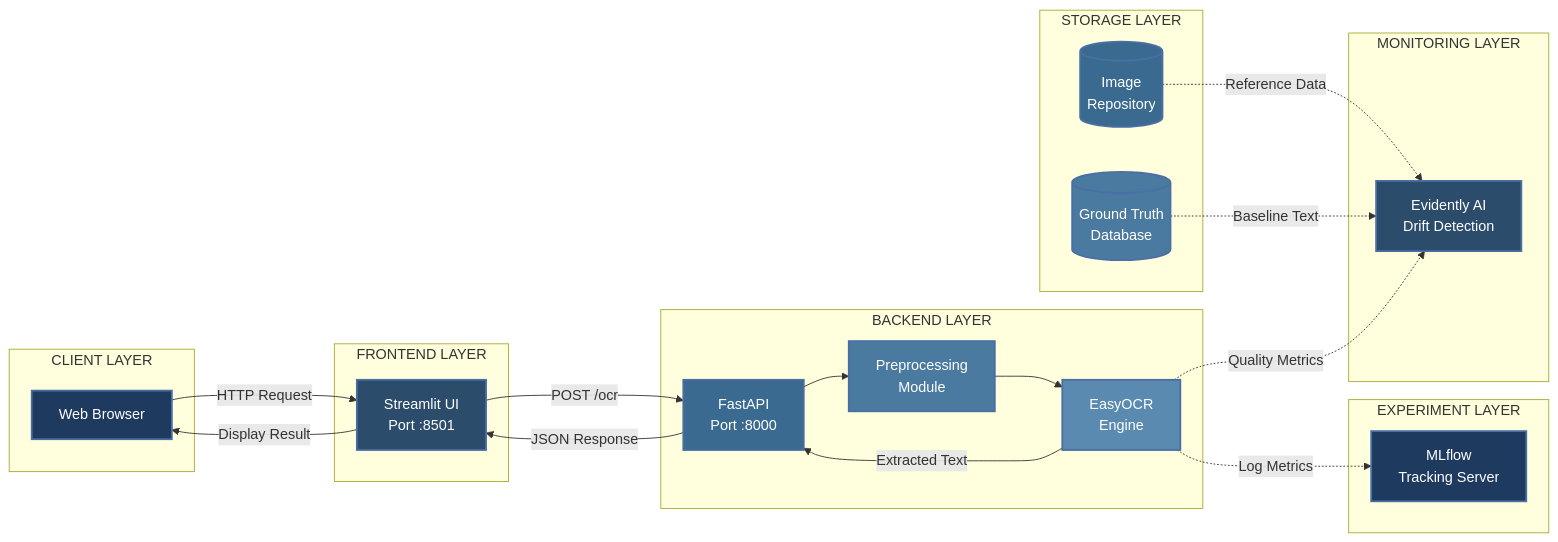
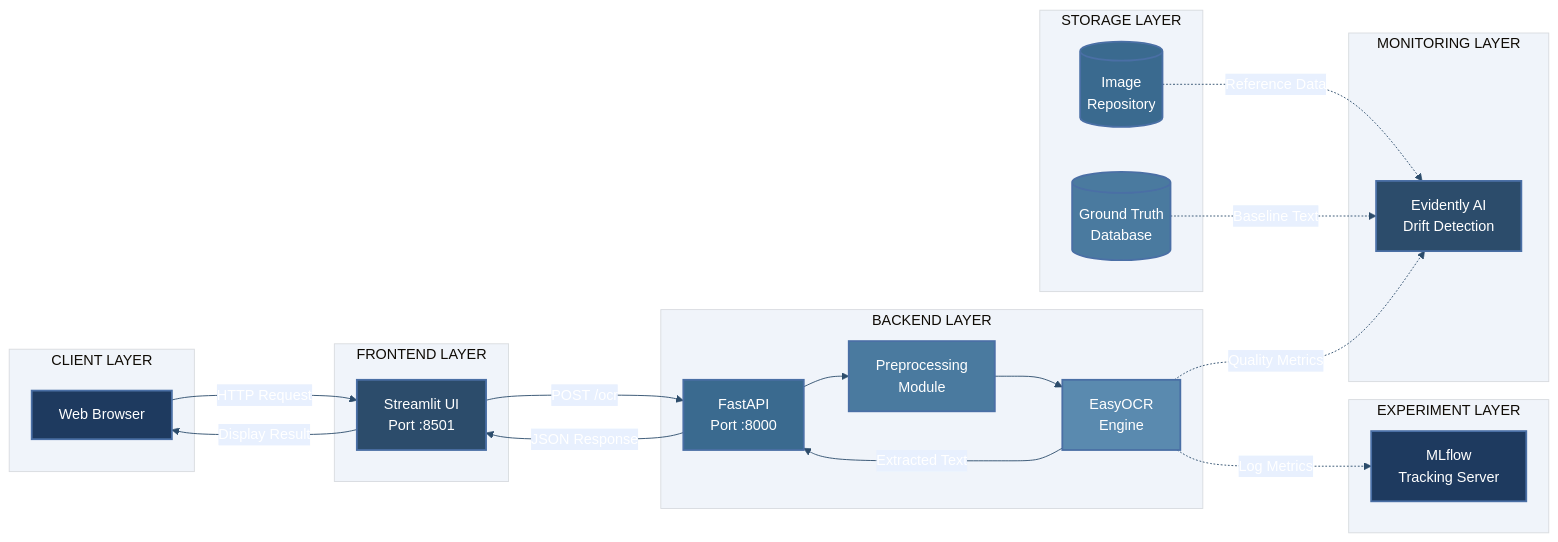
One commit to UzairRan/easyocr-mlops changed the second of 2 diagrams in README.md. Above: the diagram before and after it, drawn with Mermaid.

Commit message:
Properly set Readme

````diff
--- a/README.md
+++ b/README.md
@@ -126,52 +125,53 @@
 ```mermaid
+%%{init: {'theme':'base', 'themeVariables': { 'primaryColor':'#1e3a5f','primaryTextColor':'#fff','primaryBorderColor':'#4a6fa5','lineColor':'#2c4c6b','secondaryColor':'#e8f0fe','tertiaryColor':'#f0f4fa'}}}%%
 flowchart LR
     subgraph Client["CLIENT LAYER"]
         A[Web Browser]
     end
     
     subgraph Frontend["FRONTEND LAYER"]
         B[Streamlit UI<br/>Port :8501]
     end
     
     subgraph Backend["BACKEND LAYER"]
         C[FastAPI<br/>Port :8000]
         D[Preprocessing<br/>Module]
         E[EasyOCR<br/>Engine]
     end
     
     subgraph Tracking["EXPERIMENT LAYER"]
         F[MLflow<br/>Tracking Server]
     end
     
     subgraph Monitoring["MONITORING LAYER"]
         G[Evidently AI<br/>Drift Detection]
     end
     
     subgraph Storage["STORAGE LAYER"]
         H[(Image<br/>Repository)]
         I[(Ground Truth<br/>Database)]
     end
     
     A -->|HTTP Request| B
     B -->|POST /ocr| C
     C --> D
     D --> E
     E -->|Extracted Text| C
     C -->|JSON Response| B
     B -->|Display Result| A
     
     E -.->|Log Metrics| F
     H -.->|Reference Data| G
     I -.->|Baseline Text| G
     E -.->|Quality Metrics| G
     
     style A fill:#1e3a5f,stroke:#4a6fa5,stroke-width:2px,color:#fff
     style B fill:#2c4c6b,stroke:#4a6fa5,stroke-width:2px,color:#fff
     style C fill:#3a6a8f,stroke:#4a6fa5,stroke-width:2px,color:#fff
     style D fill:#4a7a9f,stroke:#4a6fa5,stroke-width:2px,color:#fff
     style E fill:#5a8aaf,stroke:#4a6fa5,stroke-width:2px,color:#fff
     style F fill:#1e3a5f,stroke:#4a6fa5,stroke-width:2px,color:#fff
     style G fill:#2c4c6b,stroke:#4a6fa5,stroke-width:2px,color:#fff
     style H fill:#3a6a8f,stroke:#4a6fa5,stroke-width:2px,color:#fff
     style I fill:#4a7a9f,stroke:#4a6fa5,stroke-width:2px,color:#fff
 ```
````
